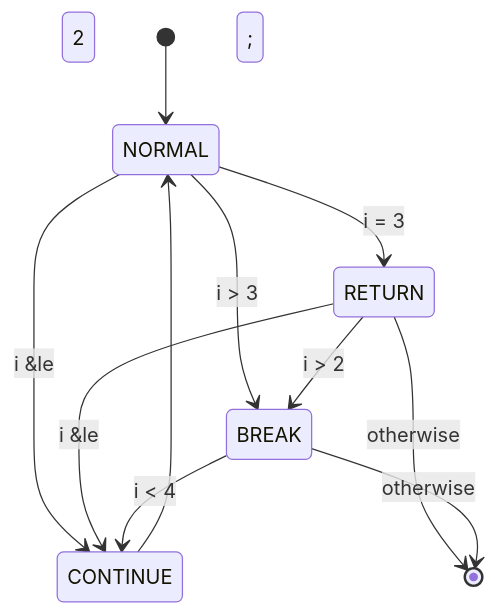
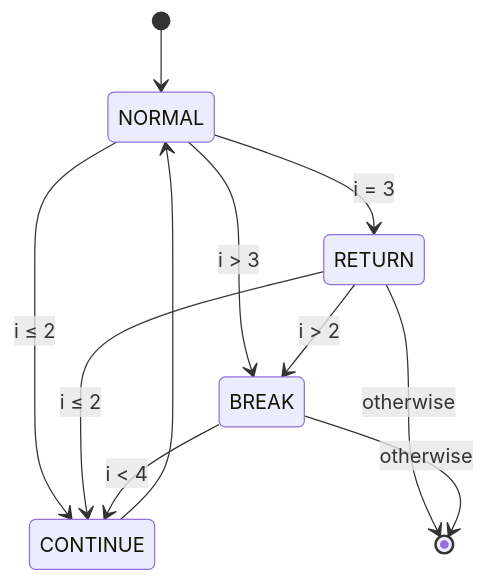
Before and after one commit to arshajii/codon-docs-new: the fifth of 5 diagrams in docs/developers/compilation.md, drawn with Mermaid.

````diff
--- a/docs/developers/compilation.md
+++ b/docs/developers/compilation.md
@@ -360,17 +360,17 @@
 ``` mermaid
 stateDiagram-v2
     [*] --> NORMAL
 
     NORMAL --> RETURN: i = 3
     NORMAL --> BREAK: i > 3
-    NORMAL --> CONTINUE: i &le; 2
+    NORMAL --> CONTINUE: i ≤ 2
 
     RETURN --> BREAK: i > 2
-    RETURN --> CONTINUE: i &le; 2
+    RETURN --> CONTINUE: i ≤ 2
     RETURN --> [*]: otherwise
 
     BREAK --> CONTINUE: i < 4
     BREAK --> [*]: otherwise
 
     CONTINUE --> NORMAL
 ```
````
